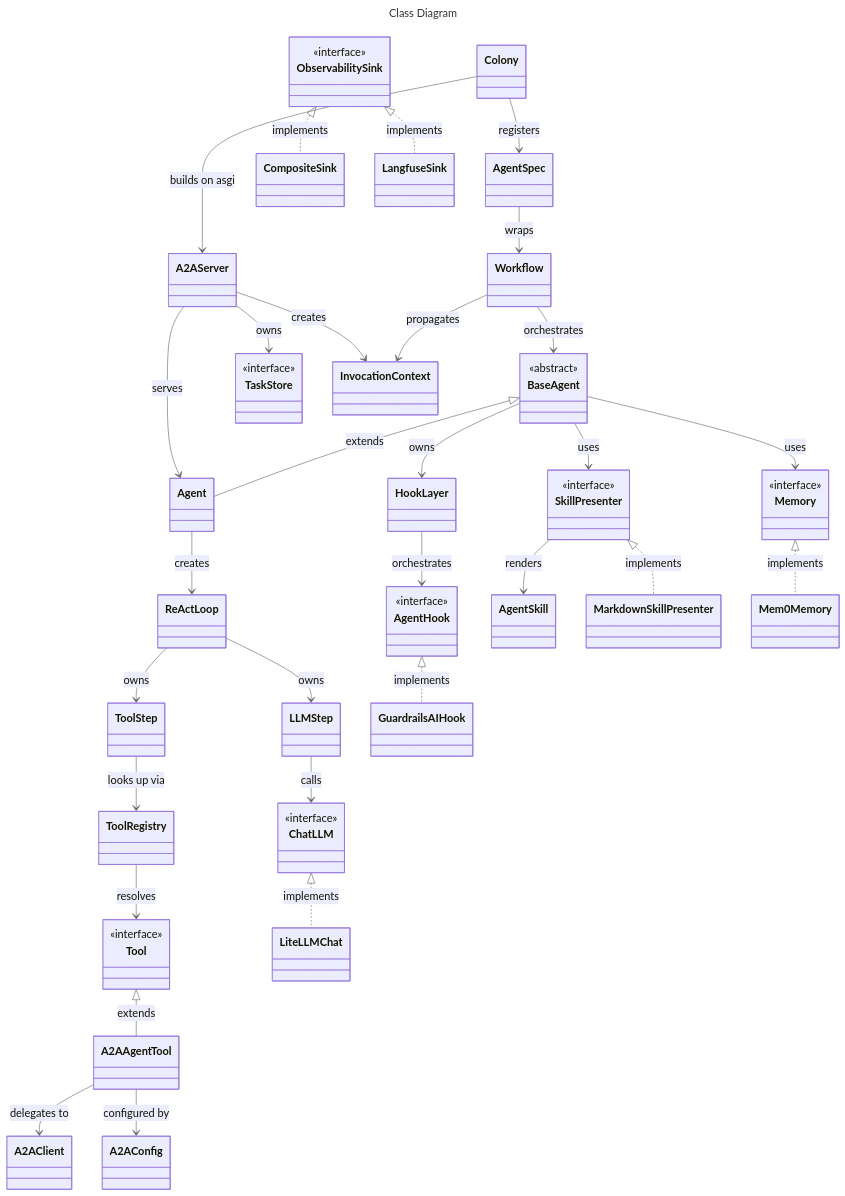
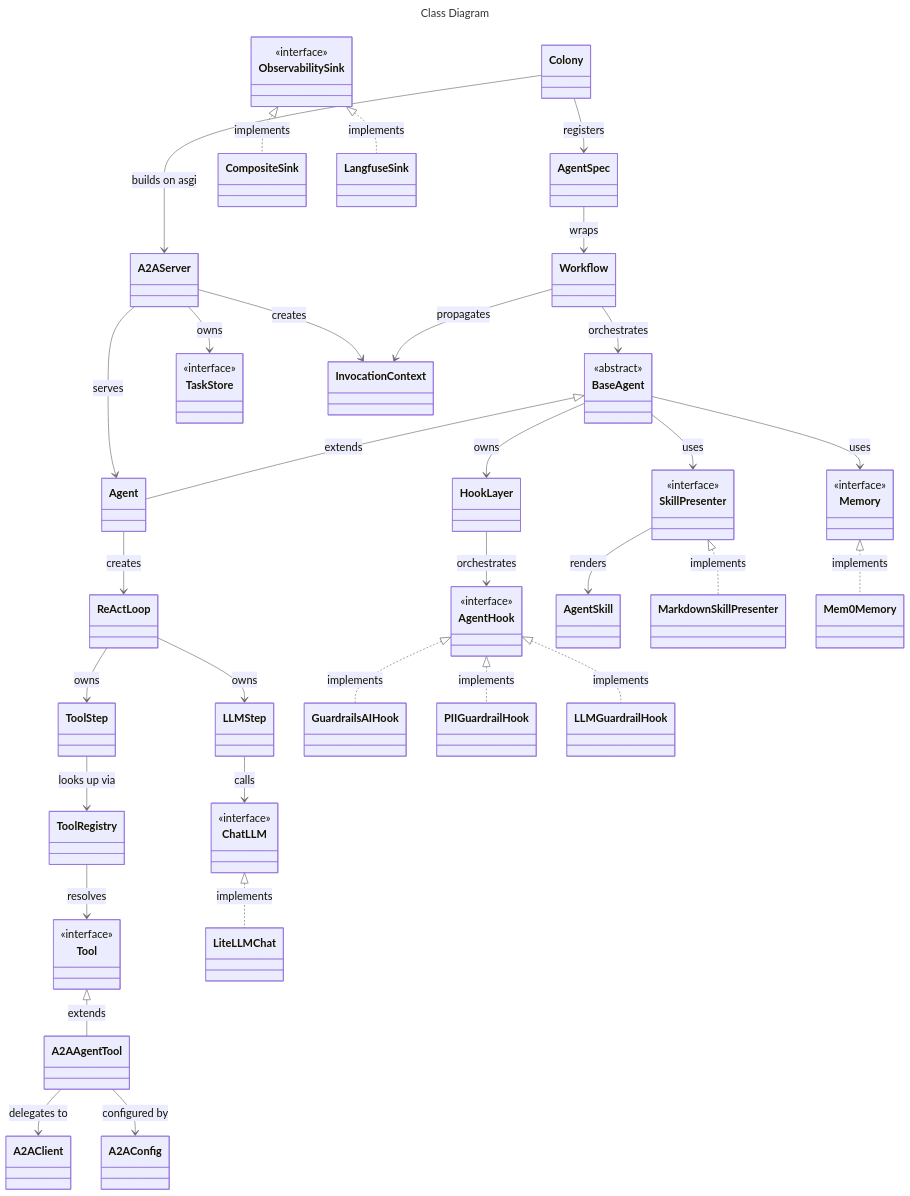
Before and after one commit to idea-idsia/ant-ai: the diagram in docs/docs/architecture/class-diagram.mmd, drawn with Mermaid. The commit also changed 14 other files, not shown here.

```diff
--- a/docs/docs/architecture/class-diagram.mmd
+++ b/docs/docs/architecture/class-diagram.mmd
@@ -1,55 +1,57 @@
 ---
 title: Class Diagram
 config:
   themeVariables:
     background: '#ffffff'
     primaryColor: '#E9E1FF'
     primaryTextColor: '#222222'
     primaryBorderColor: '#8B6DFF'
     lineColor: '#666666'
     secondaryColor: '#F5F2FF'
     tertiaryColor: '#FBFAFF'
     clusterBkg: '#F3F3F3'
     clusterBorder: '#CFCFCF'
     fontSize: '18px'
 ---
 classDiagram
     direction TB
     class BaseAgent { <<abstract>> }
     class ChatLLM { <<interface>> }
     class Tool { <<interface>> }
     class Memory { <<interface>> }
     class AgentHook { <<interface>> }
     class SkillPresenter { <<interface>> }
     class ObservabilitySink { <<interface>> }
     class TaskStore { <<interface>> }
     class InvocationContext
     A2AServer --> InvocationContext : creates
     Workflow --> InvocationContext : propagates
     Colony --> AgentSpec : registers
     Colony --> A2AServer : builds on asgi
     AgentSpec --> Workflow : wraps
     A2AServer --> TaskStore : owns
     A2AServer --> Agent : serves
     Workflow --> BaseAgent : orchestrates
     BaseAgent <|-- Agent : extends
     BaseAgent --> HookLayer : owns
     BaseAgent --> Memory : uses
     BaseAgent --> SkillPresenter : uses
     Agent --> ReActLoop : creates
     ReActLoop --> LLMStep : owns
     ReActLoop --> ToolStep : owns
     LLMStep --> ChatLLM : calls
     ToolStep --> ToolRegistry : looks up via
     ToolRegistry --> Tool : resolves
     HookLayer --> AgentHook : orchestrates
     AgentHook <|.. GuardrailsAIHook : implements
+    AgentHook <|.. PIIGuardrailHook : implements
+    AgentHook <|.. LLMGuardrailHook : implements
     SkillPresenter --> AgentSkill : renders
     SkillPresenter <|.. MarkdownSkillPresenter : implements
     Tool <|-- A2AAgentTool : extends
     A2AAgentTool --> A2AClient : delegates to
     A2AAgentTool --> A2AConfig : configured by
     ChatLLM <|.. LiteLLMChat : implements
     Memory <|.. Mem0Memory : implements
     ObservabilitySink <|.. CompositeSink : implements
     ObservabilitySink <|.. LangfuseSink : implements
```
